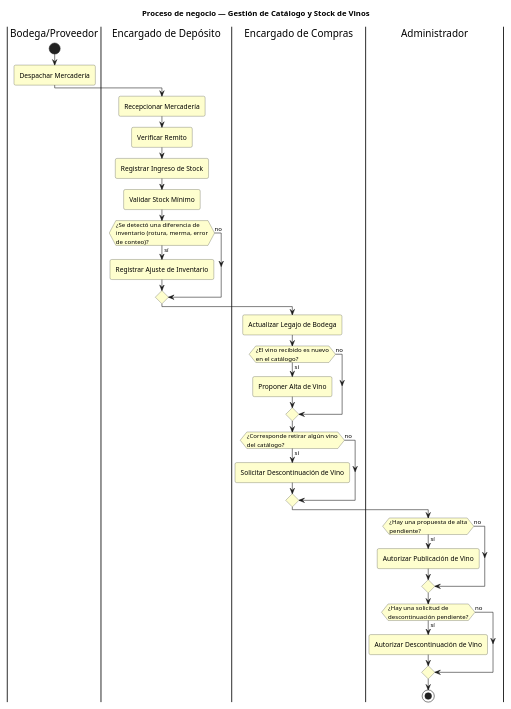
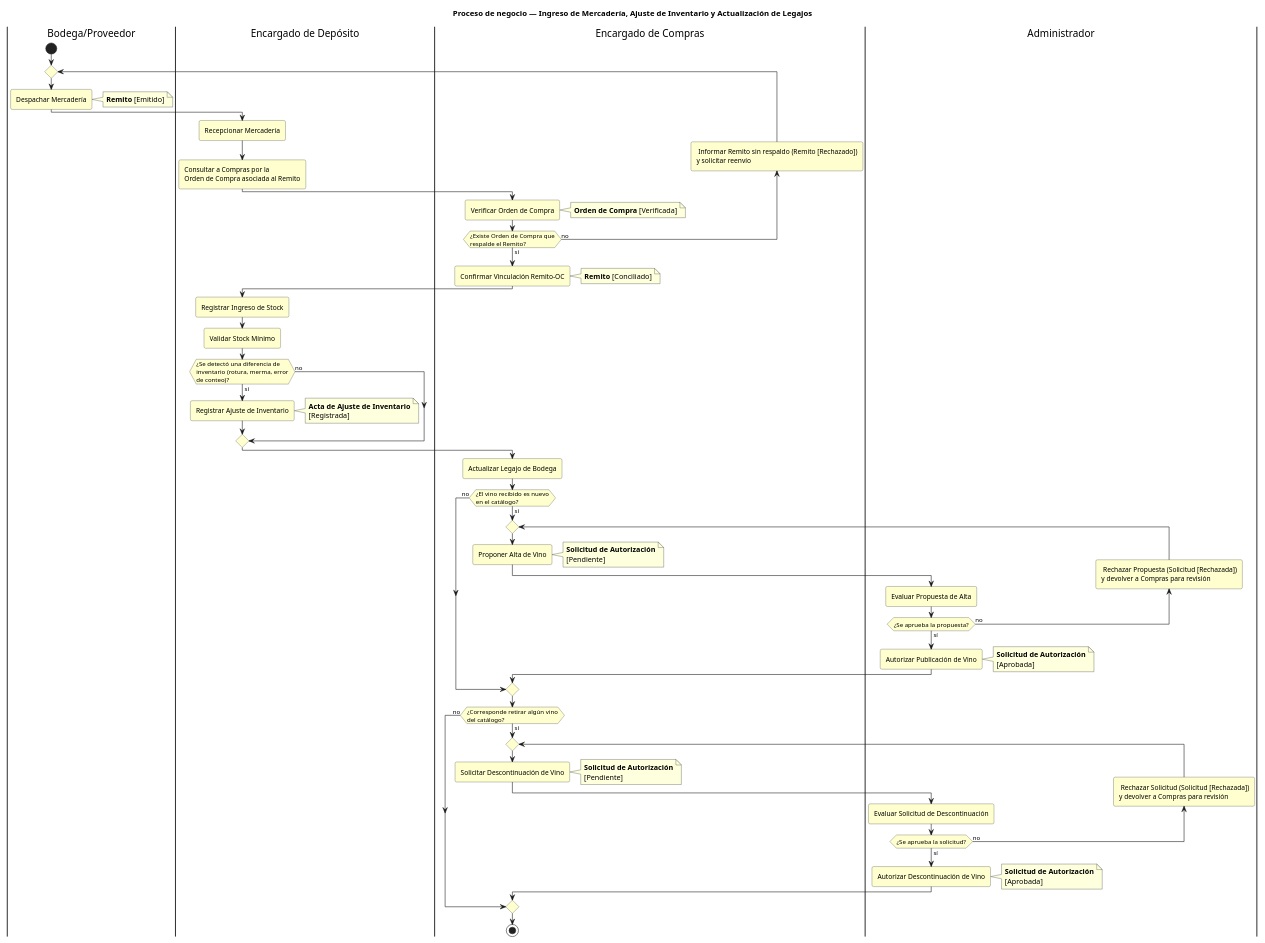
Before and after one commit to Jesifu/club-de-vinos-td: the diagram in DIAGRAMAS/DiagramaActividad_CatalogoStock.puml, drawn with PlantUML. The commit also changed 17 other files, not shown here.

First line of the commit message:
docs: split alta/descontinuacion CU diagrams into CU21-27 and add CU27

```diff
--- a/DIAGRAMAS/DiagramaActividad_CatalogoStock.puml
+++ b/DIAGRAMAS/DiagramaActividad_CatalogoStock.puml
@@ -1,58 +1,85 @@
 @startuml DiagramaActividad_CatalogoStock
 
-title Proceso de negocio — Gestión de Catálogo y Stock de Vinos
+title Proceso de negocio — Ingreso de Mercadería, Ajuste de Inventario y Actualización de Legajos
 
 skinparam shadowing false
 skinparam roundcorner 6
 skinparam activity {
   BackgroundColor #FEFECE
   BorderColor #33342E
 }
 skinparam partition {
   BorderColor #666666
   FontStyle bold
 }
 scale 0.8
 
 |Bodega/Proveedor|
 start
-:Despachar Mercadería;
+repeat
+  :Despachar Mercadería;
+  note right: **Remito** [Emitido]
+
+  |Encargado de Depósito|
+  :Recepcionar Mercadería;
+  :Consultar a Compras por la\nOrden de Compra asociada al Remito;
+
+  |Encargado de Compras|
+  :Verificar Orden de Compra;
+  note right: **Orden de Compra** [Verificada]
+backward: Informar Remito sin respaldo (Remito [Rechazado])\ny solicitar reenvío;
+repeat while (¿Existe Orden de Compra que\nrespalde el Remito?) is (no) not (sí)
+
+:Confirmar Vinculación Remito–OC;
+note right: **Remito** [Conciliado]
 
 |Encargado de Depósito|
-:Recepcionar Mercadería;
-:Verificar Remito;
 :Registrar Ingreso de Stock;
 :Validar Stock Mínimo;
 
 if (¿Se detectó una diferencia de\ninventario (rotura, merma, error\nde conteo)?) then (sí)
   :Registrar Ajuste de Inventario;
+  note right: **Acta de Ajuste de Inventario**\n[Registrada]
 else (no)
 endif
 
 |Encargado de Compras|
 :Actualizar Legajo de Bodega;
 
 if (¿El vino recibido es nuevo\nen el catálogo?) then (sí)
-  :Proponer Alta de Vino;
+  repeat
+    :Proponer Alta de Vino;
+    note right: **Solicitud de Autorización**\n[Pendiente]
+
+    |Administrador|
+    :Evaluar Propuesta de Alta;
+  backward: Rechazar Propuesta (Solicitud [Rechazada])\ny devolver a Compras para revisión;
+  repeat while (¿Se aprueba la propuesta?) is (no) not (sí)
+
+  :Autorizar Publicación de Vino;
+  note right: **Solicitud de Autorización**\n[Aprobada]
+
+  |Encargado de Compras|
 else (no)
 endif
 
 if (¿Corresponde retirar algún vino\ndel catálogo?) then (sí)
-  :Solicitar Descontinuación de Vino;
-else (no)
-endif
+  repeat
+    :Solicitar Descontinuación de Vino;
+    note right: **Solicitud de Autorización**\n[Pendiente]
 
-|Administrador|
-if (¿Hay una propuesta de alta\npendiente?) then (sí)
-  :Autorizar Publicación de Vino;
-else (no)
-endif
+    |Administrador|
+    :Evaluar Solicitud de Descontinuación;
+  backward: Rechazar Solicitud (Solicitud [Rechazada])\ny devolver a Compras para revisión;
+  repeat while (¿Se aprueba la solicitud?) is (no) not (sí)
 
-if (¿Hay una solicitud de\ndescontinuación pendiente?) then (sí)
   :Autorizar Descontinuación de Vino;
+  note right: **Solicitud de Autorización**\n[Aprobada]
+
+  |Encargado de Compras|
 else (no)
 endif
 
 stop
 
 @enduml
```
